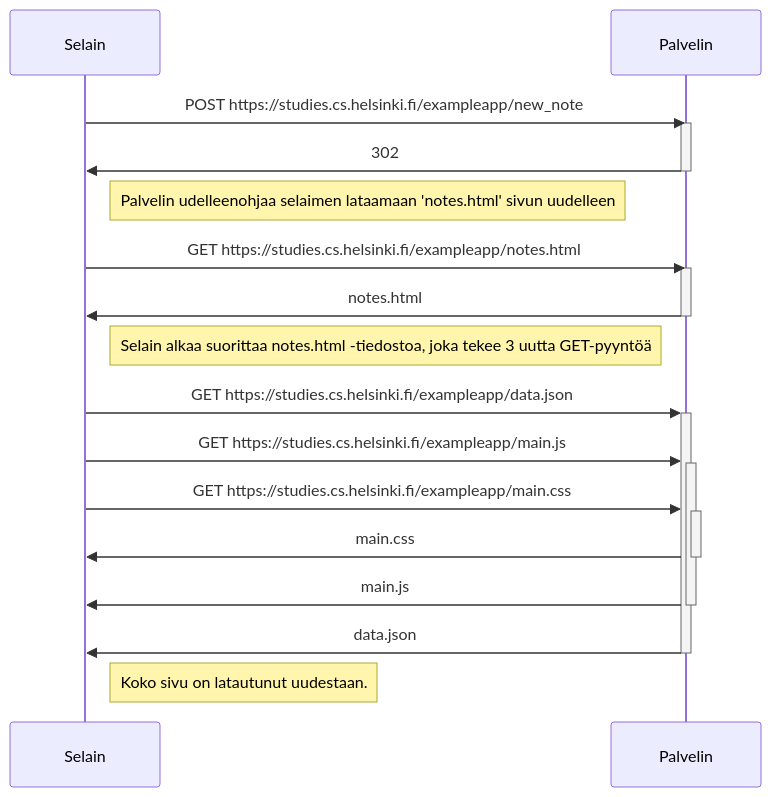
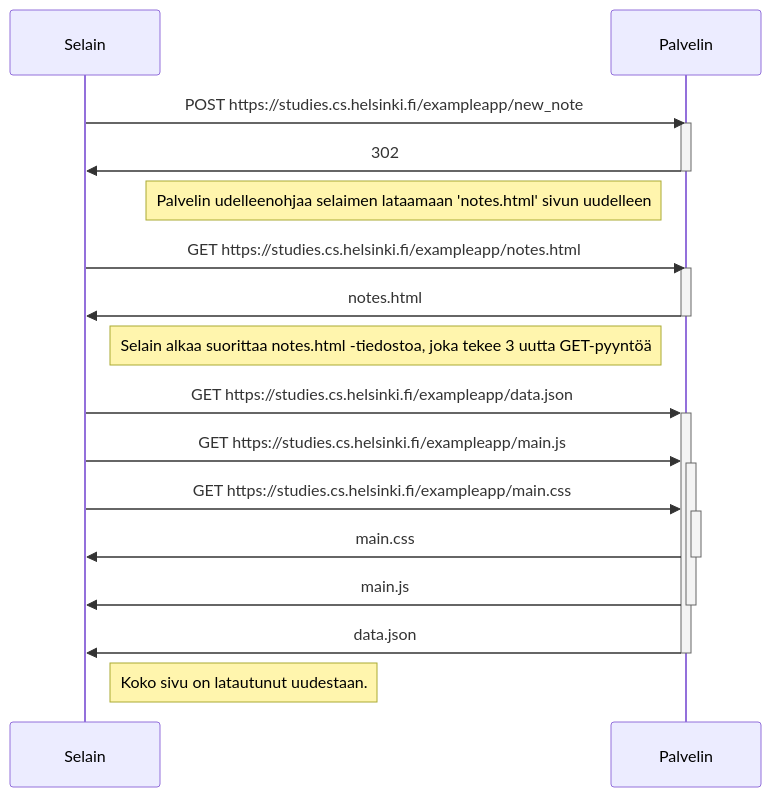
Before and after one commit to PasiParviainen/Fullstackosa0: the diagram in 0.4.md, drawn with Mermaid.

````diff
--- a/0.4.md
+++ b/0.4.md
@@ -1,28 +1,28 @@
 ```mermaid
 sequenceDiagram
   participant Selain
   participant Palvelin
 
   Selain->>Palvelin: POST https://studies.cs.helsinki.fi/exampleapp/new_note
   activate Palvelin
   Palvelin->>Selain: 302
   deactivate Palvelin
 
-  Note right of Selain: Palvelin udelleenohjaa selaimen lataamaan 'notes.html' sivun uudelleen
+  Note left of Palvelin: Palvelin udelleenohjaa selaimen lataamaan 'notes.html' sivun uudelleen
 
   Selain->>Palvelin: GET https://studies.cs.helsinki.fi/exampleapp/notes.html
   activate Palvelin
   Palvelin->>Selain: notes.html
   deactivate Palvelin
 
   Note right of Selain: Selain alkaa suorittaa notes.html -tiedostoa, joka tekee 3 uutta GET-pyyntöä
 
   Selain->>+Palvelin: GET https://studies.cs.helsinki.fi/exampleapp/data.json
   Selain->>+Palvelin: GET https://studies.cs.helsinki.fi/exampleapp/main.js
   Selain->>+Palvelin: GET https://studies.cs.helsinki.fi/exampleapp/main.css
   Palvelin->>-Selain: main.css
   Palvelin->>-Selain: main.js
   Palvelin->>-Selain: data.json
 
   Note right of Selain: Koko sivu on latautunut uudestaan.
 ```
````
